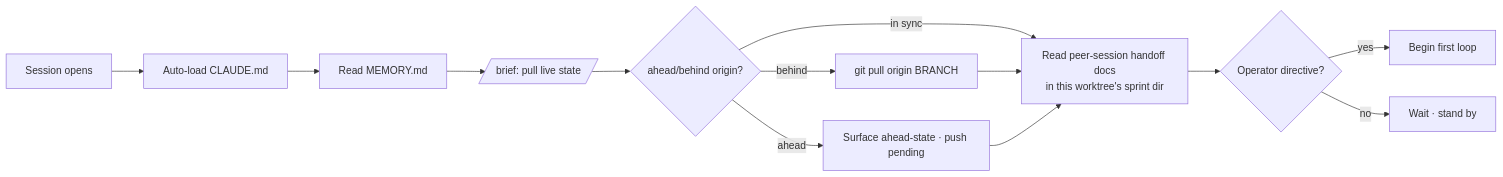
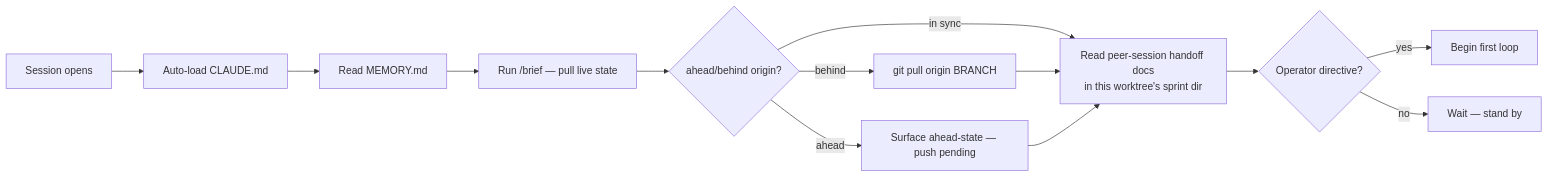
Before and after one commit to GreenTilden/dacumen: the second of 5 diagrams in docs/session-loop-orchestration.md, drawn with Mermaid. The commit also changed other lines of this file, not shown here.

First line of the commit message:
fix(orchestration-doc): mermaid syntax — quote node labels, replace cylinder/parallelogram shapes that broke GitHub renderer

````diff
--- a/docs/session-loop-orchestration.md
+++ b/docs/session-loop-orchestration.md
@@ -39,15 +39,15 @@
 ```mermaid
 flowchart LR
-    A[Session opens] --> B[Auto-load CLAUDE.md]
-    B --> C[Read MEMORY.md]
-    C --> D[/brief: pull live state/]
-    D --> E{ahead/behind origin?}
-    E -- behind --> F[git pull origin BRANCH]
-    E -- ahead --> G[Surface ahead-state · push pending]
-    E -- in sync --> H[Read peer-session handoff docs<br/>in this worktree's sprint dir]
+    A["Session opens"] --> B["Auto-load CLAUDE.md"]
+    B --> C["Read MEMORY.md"]
+    C --> D["Run /brief — pull live state"]
+    D --> E{"ahead/behind origin?"}
+    E -- behind --> F["git pull origin BRANCH"]
+    E -- ahead --> G["Surface ahead-state — push pending"]
+    E -- in sync --> H["Read peer-session handoff docs<br/>in this worktree's sprint dir"]
     F --> H
     G --> H
-    H --> I{Operator directive?}
-    I -- yes --> J[Begin first loop]
-    I -- no --> K[Wait · stand by]
+    H --> I{"Operator directive?"}
+    I -- yes --> J["Begin first loop"]
+    I -- no --> K["Wait — stand by"]
 ```
````
